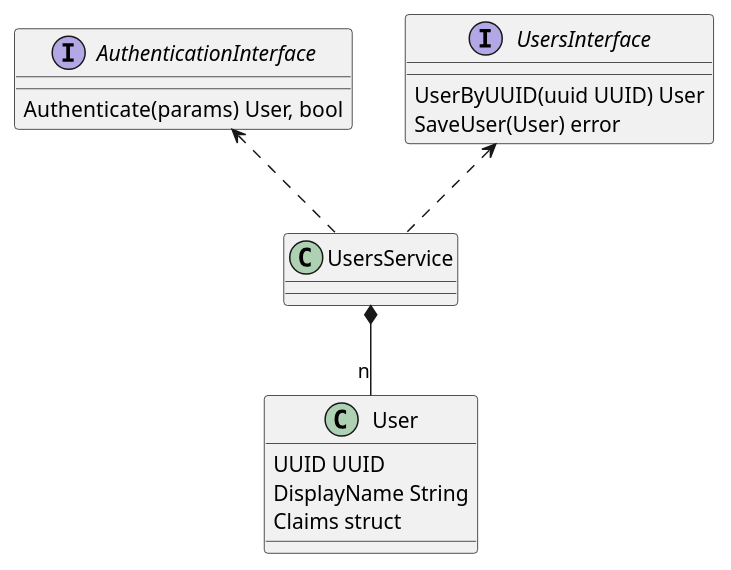
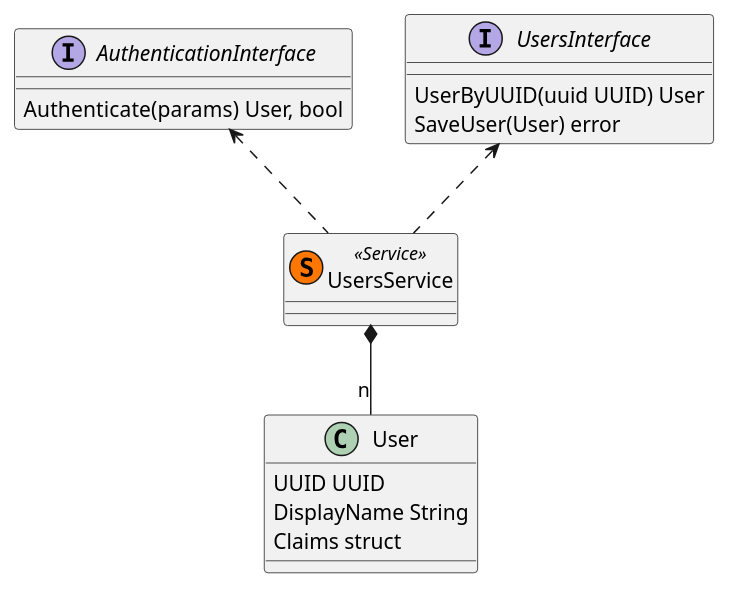
One commit to gnidan/foodtastechess-docs changed the third of 7 diagrams in design/class_diagrams.rst. Above: the diagram before and after it, drawn with PlantUML. The commit also changed other lines of this file, not shown here.

Commit message:
More iterating on class diagrams

```diff
--- a/design/class_diagrams.rst
+++ b/design/class_diagrams.rst
@@ -77,23 +77,23 @@
 .. uml::
     interface UsersInterface {
         UserByUUID(uuid UUID) User
         SaveUser(User) error
     }
 
     interface AuthenticationInterface {
         Authenticate(params) User, bool
     }
 
-    class UsersService
+    class UsersService << (S,#FF7700) Service >>
 
     UsersService .up.> UsersInterface
     UsersService .up.> AuthenticationInterface
 
 
     class User {
         UUID UUID
         DisplayName String
         Claims struct
     }
 
     UsersService *-- "n" User
```
